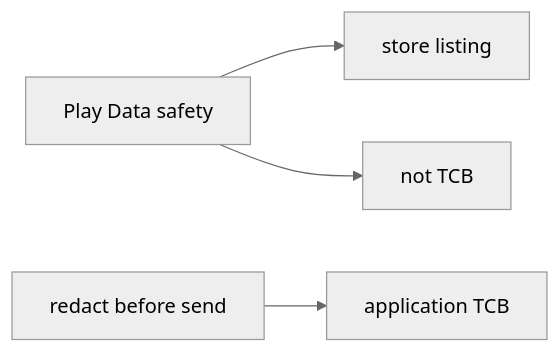
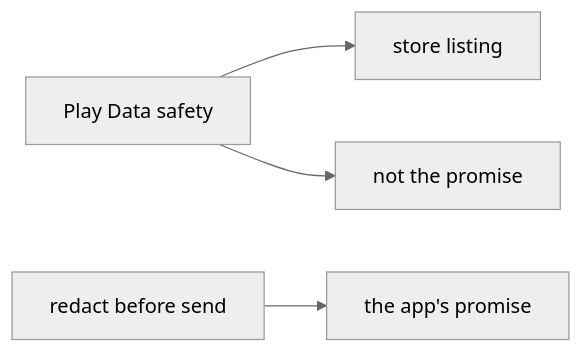
One commit to ishitvagoel/LearnSecurity changed the second of 2 diagrams in content/modules/8/8.5/lessons/02-model.md. Above: the diagram before and after it, drawn with Mermaid (neutral theme). The commit also changed other lines of this file and 39 other files, not shown here.

````diff
--- a/content/modules/8/8.5/lessons/02-model.md
+++ b/content/modules/8/8.5/lessons/02-model.md
@@ -24,6 +27,6 @@
 ```mermaid
 flowchart LR
   Label[Play Data safety] --> Store[store listing]
-  Redact[redact before send] --> TCB[application TCB]
-  Label --> NotTcb[not TCB]
+  Redact[redact before send] --> Promise[the app's promise]
+  Label --> NotPromise[not the promise]
 ```
````
